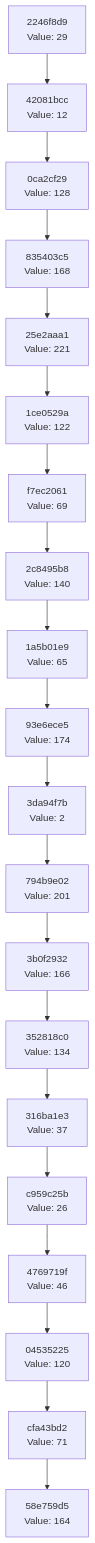
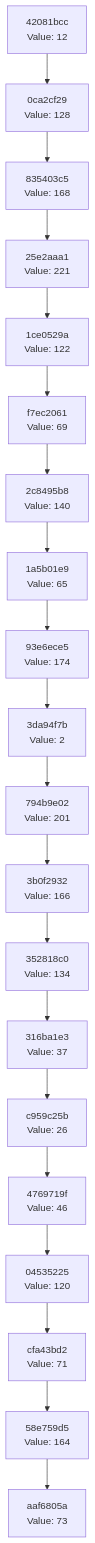
The diagram in docs/CHAIN_VISUALIZATION.md (Abhisheksinha1506/hash-chain-evolver), drawn with Mermaid before and after one commit. The commit also changed 2 other files, not shown here.

Commit message:
Evolution Step

````diff
--- a/docs/CHAIN_VISUALIZATION.md
+++ b/docs/CHAIN_VISUALIZATION.md
@@ -3,42 +3,42 @@
 ```mermaid
 graph TD
-    C0["58e759d5<br/>Value: 164"]
-    C1["cfa43bd2<br/>Value: 71"]
+    C0["aaf6805a<br/>Value: 73"]
+    C1["58e759d5<br/>Value: 164"]
     C1 --> C0
-    C2["04535225<br/>Value: 120"]
+    C2["cfa43bd2<br/>Value: 71"]
     C2 --> C1
-    C3["4769719f<br/>Value: 46"]
+    C3["04535225<br/>Value: 120"]
     C3 --> C2
-    C4["c959c25b<br/>Value: 26"]
+    C4["4769719f<br/>Value: 46"]
     C4 --> C3
-    C5["316ba1e3<br/>Value: 37"]
+    C5["c959c25b<br/>Value: 26"]
     C5 --> C4
-    C6["352818c0<br/>Value: 134"]
+    C6["316ba1e3<br/>Value: 37"]
     C6 --> C5
-    C7["3b0f2932<br/>Value: 166"]
+    C7["352818c0<br/>Value: 134"]
     C7 --> C6
-    C8["794b9e02<br/>Value: 201"]
+    C8["3b0f2932<br/>Value: 166"]
     C8 --> C7
-    C9["3da94f7b<br/>Value: 2"]
+    C9["794b9e02<br/>Value: 201"]
     C9 --> C8
-    C10["93e6ece5<br/>Value: 174"]
+    C10["3da94f7b<br/>Value: 2"]
     C10 --> C9
-    C11["1a5b01e9<br/>Value: 65"]
+    C11["93e6ece5<br/>Value: 174"]
     C11 --> C10
-    C12["2c8495b8<br/>Value: 140"]
+    C12["1a5b01e9<br/>Value: 65"]
     C12 --> C11
-    C13["f7ec2061<br/>Value: 69"]
+    C13["2c8495b8<br/>Value: 140"]
     C13 --> C12
-    C14["1ce0529a<br/>Value: 122"]
+    C14["f7ec2061<br/>Value: 69"]
     C14 --> C13
-    C15["25e2aaa1<br/>Value: 221"]
+    C15["1ce0529a<br/>Value: 122"]
     C15 --> C14
-    C16["835403c5<br/>Value: 168"]
+    C16["25e2aaa1<br/>Value: 221"]
     C16 --> C15
-    C17["0ca2cf29<br/>Value: 128"]
+    C17["835403c5<br/>Value: 168"]
     C17 --> C16
-    C18["42081bcc<br/>Value: 12"]
+    C18["0ca2cf29<br/>Value: 128"]
     C18 --> C17
-    C19["2246f8d9<br/>Value: 29"]
+    C19["42081bcc<br/>Value: 12"]
     C19 --> C18
 ```
````
